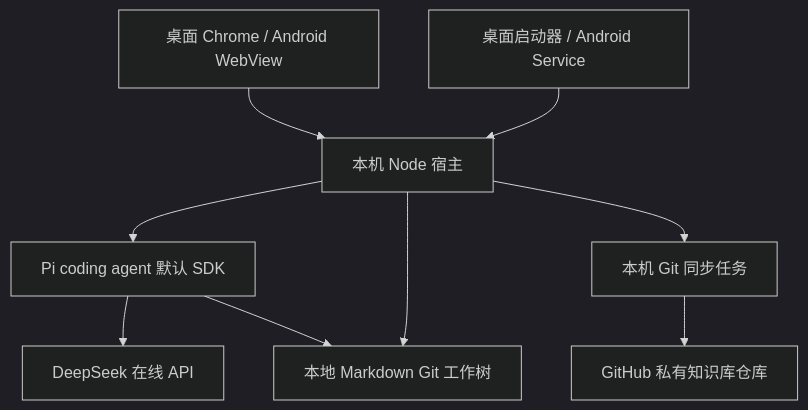
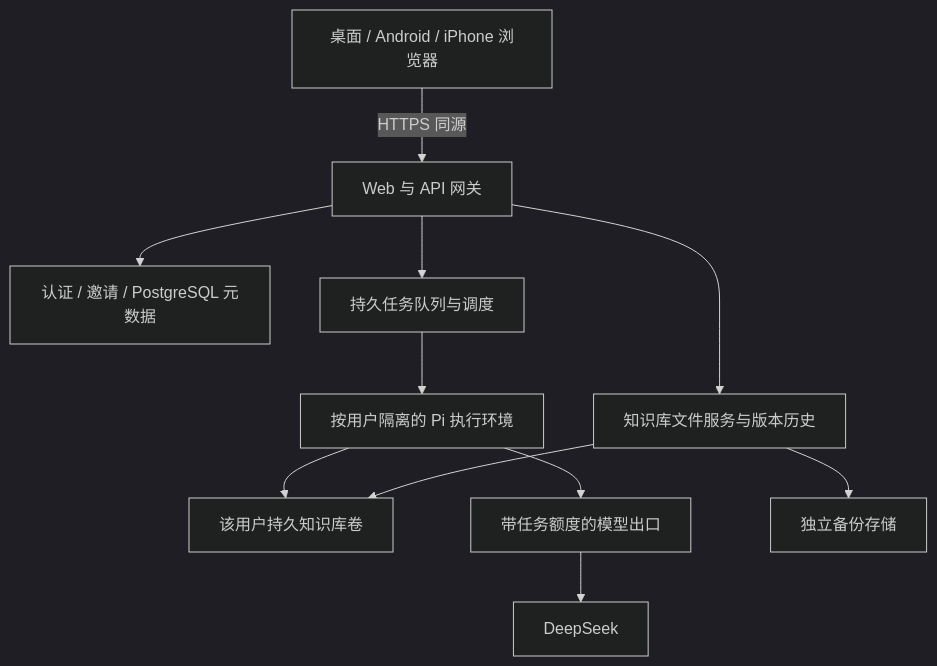
The diagram in docs/TECHNICAL_DESIGN.md (keanrain/corilo), drawn with Mermaid (dark theme) before and after one commit. The commit also changed other lines of this file and 9 other files, not shown here.

````diff
--- a/docs/TECHNICAL_DESIGN.md
+++ b/docs/TECHNICAL_DESIGN.md
@@ -7,11 +7,13 @@
 ```mermaid
 flowchart TD
-    A[桌面 Chrome / Android WebView] --> B[本机 Node 宿主]
-    B --> C[Pi coding agent 默认 SDK]
-    C --> D[DeepSeek 在线 API]
-    C --> E[本地 Markdown Git 工作树]
-    B --> E
-    B --> F[本机 Git 同步任务]
-    F --> G[GitHub 私有知识库仓库]
-    H[桌面启动器 / Android Service] --> B
+    A[桌面 / Android / iPhone 浏览器] -->|HTTPS 同源| B[Web 与 API 网关]
+    B --> C[认证 / 邀请 / PostgreSQL 元数据]
+    B --> D[知识库文件服务与版本历史]
+    B --> E[持久任务队列与调度]
+    E --> F[按用户隔离的 Pi 执行环境]
+    F --> G[该用户持久知识库卷]
+    D --> G
+    F --> H[带任务额度的模型出口]
+    H --> I[DeepSeek]
+    D --> J[独立备份存储]
 ```
````
